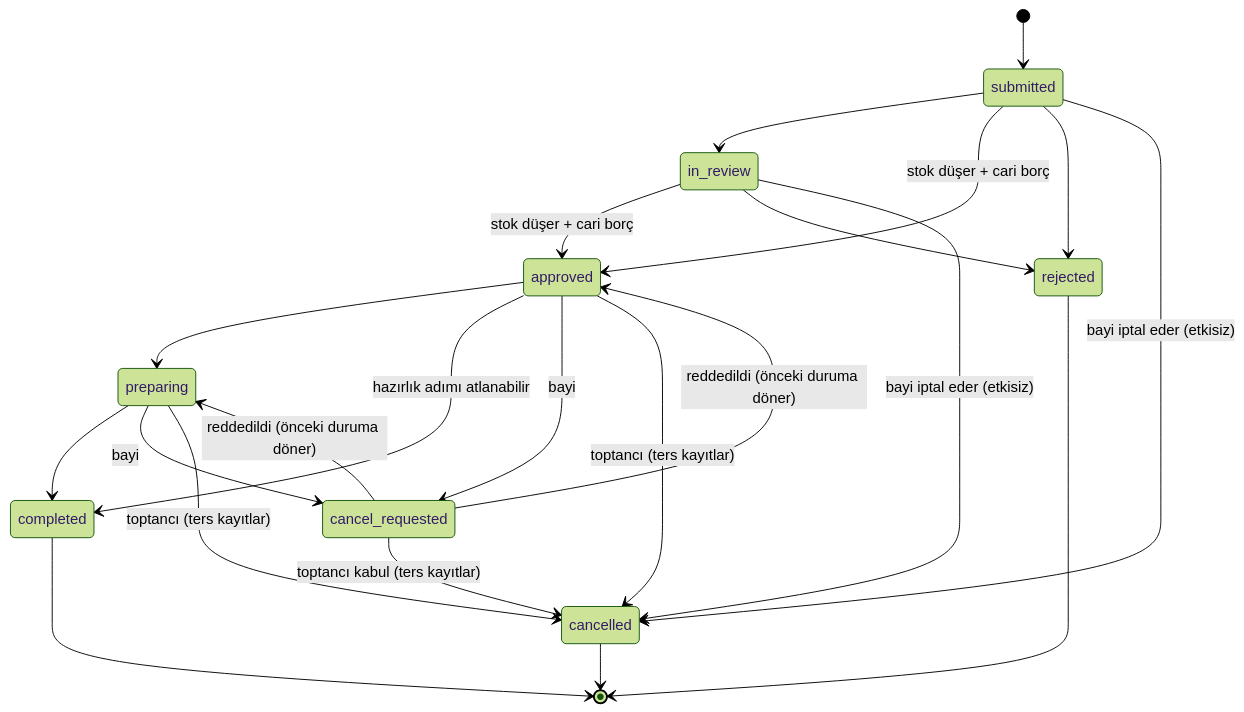
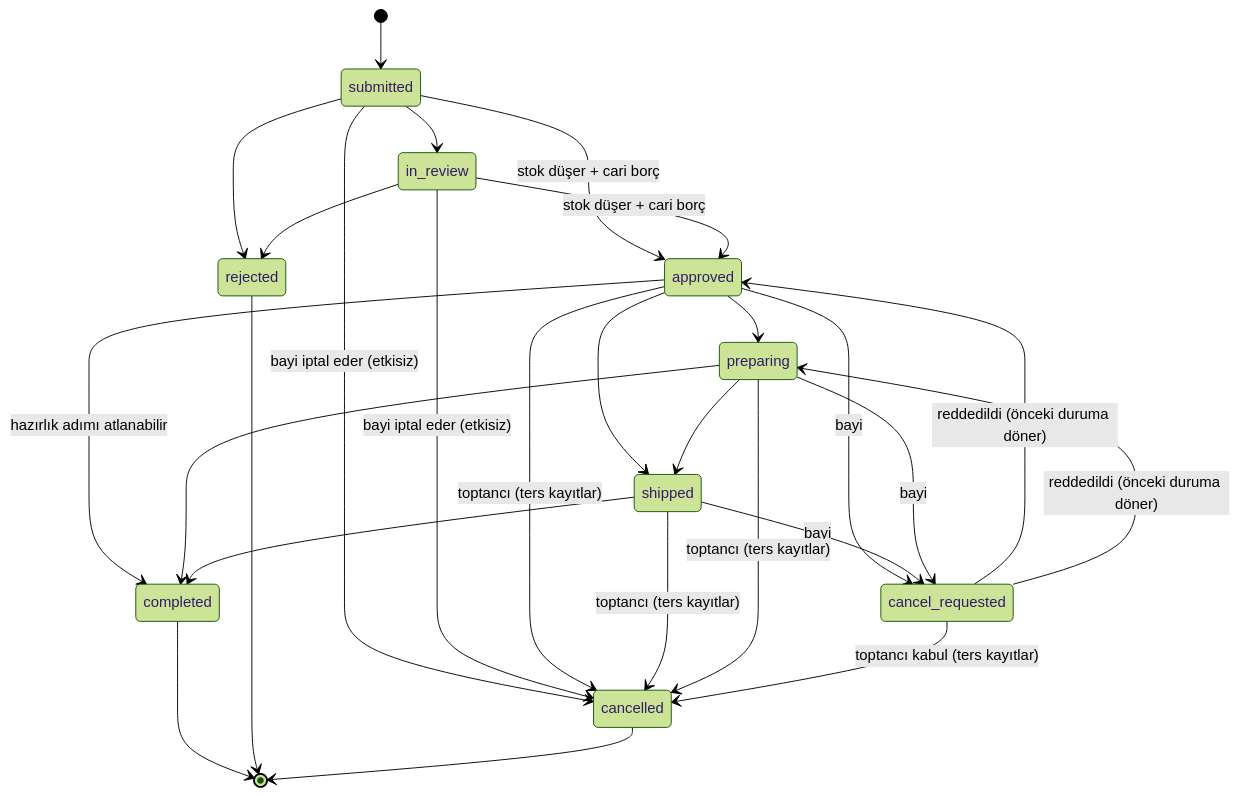
The second of 2 diagrams in docs/03-is-kurallari.md (Burakgul3085/B2B), drawn with Mermaid (forest theme) before and after one commit. The commit also changed other lines of this file and 38 other files, not shown here.

````diff
--- a/docs/03-is-kurallari.md
+++ b/docs/03-is-kurallari.md
@@ -75,24 +76,29 @@
 ```mermaid
 stateDiagram-v2
   [*] --> submitted
   submitted --> in_review
   submitted --> approved: stok düşer + cari borç
   submitted --> rejected
   submitted --> cancelled: bayi iptal eder (etkisiz)
   in_review --> approved: stok düşer + cari borç
   in_review --> rejected
   in_review --> cancelled: bayi iptal eder (etkisiz)
   approved --> preparing
   approved --> completed: hazırlık adımı atlanabilir
   approved --> cancel_requested: bayi
   approved --> cancelled: toptancı (ters kayıtlar)
+  approved --> shipped
+  preparing --> shipped
   preparing --> completed
+  shipped --> completed
+  shipped --> cancel_requested: bayi
+  shipped --> cancelled: toptancı (ters kayıtlar)
   preparing --> cancel_requested: bayi
   preparing --> cancelled: toptancı (ters kayıtlar)
   cancel_requested --> cancelled: toptancı kabul (ters kayıtlar)
   cancel_requested --> approved: reddedildi (önceki duruma döner)
   cancel_requested --> preparing: reddedildi (önceki duruma döner)
   completed --> [*]
   rejected --> [*]
   cancelled --> [*]
 ```
````
